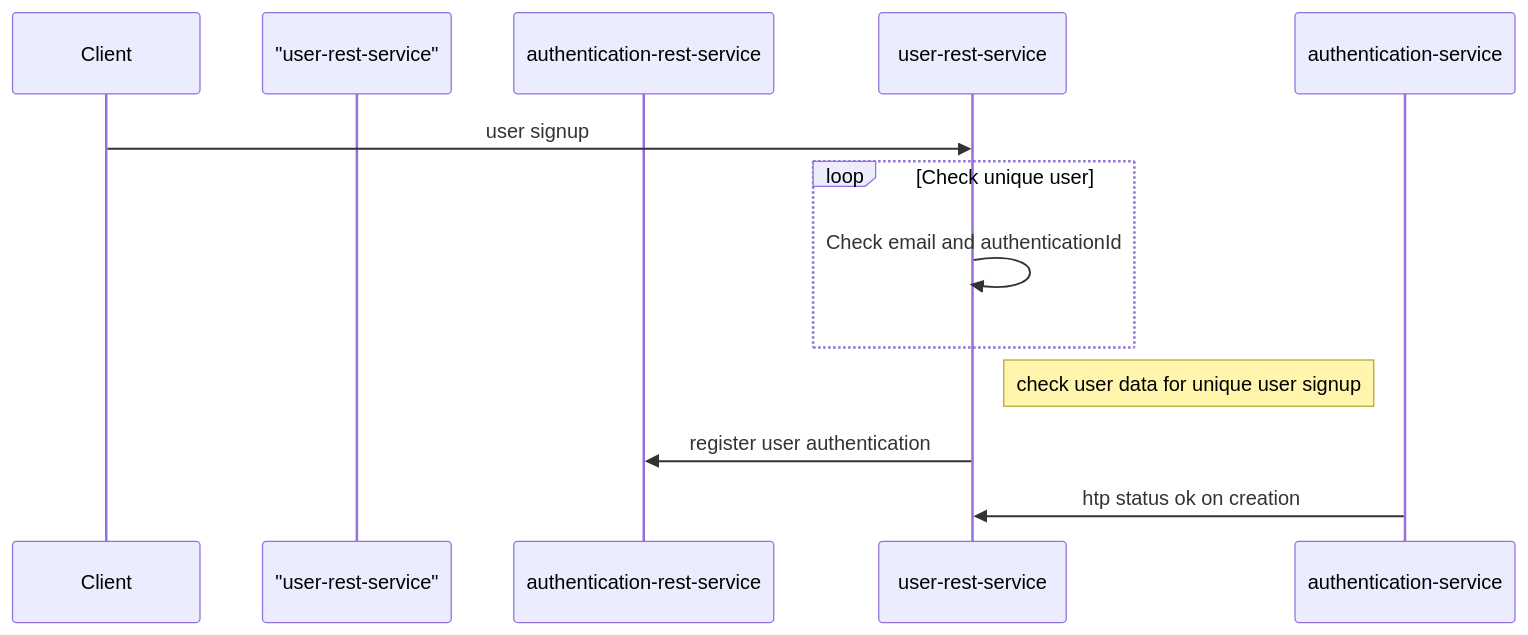
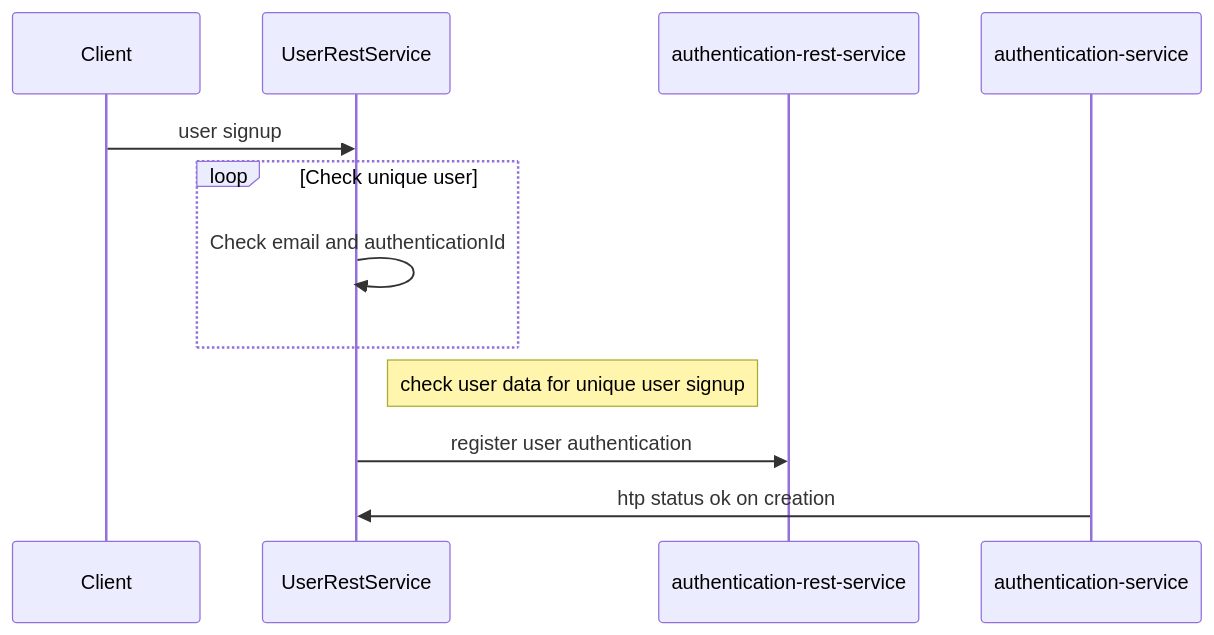
Before and after one commit to sonamsamdupkhangsar/user-rest-service: the third of 4 diagrams in README.md, drawn with Mermaid.

Commit message:
test readme

````diff
--- a/README.md
+++ b/README.md
@@ -94,13 +94,13 @@
 ```mermaid 
 sequenceDiagram
     participant Client
-    participant "user-rest-service"
+    participant UserRestService
     participant authentication-rest-service
-    Client->>user-rest-service: user signup
+    Client->>UserRestService: user signup
     loop Check unique user
-        user-rest-service->>user-rest-service: Check email and authenticationId 
+        UserRestService->>UserRestService: Check email and authenticationId 
     end
-    Note right of user-rest-service: check user data for unique user signup
-    user-rest-service ->> authentication-rest-service: register user authentication
-    authentication-service ->> user-rest-service: htp status ok on creation
+    Note right of UserRestService: check user data for unique user signup
+    UserRestService ->> authentication-rest-service: register user authentication
+    authentication-service ->> UserRestService: htp status ok on creation
 ```
````
